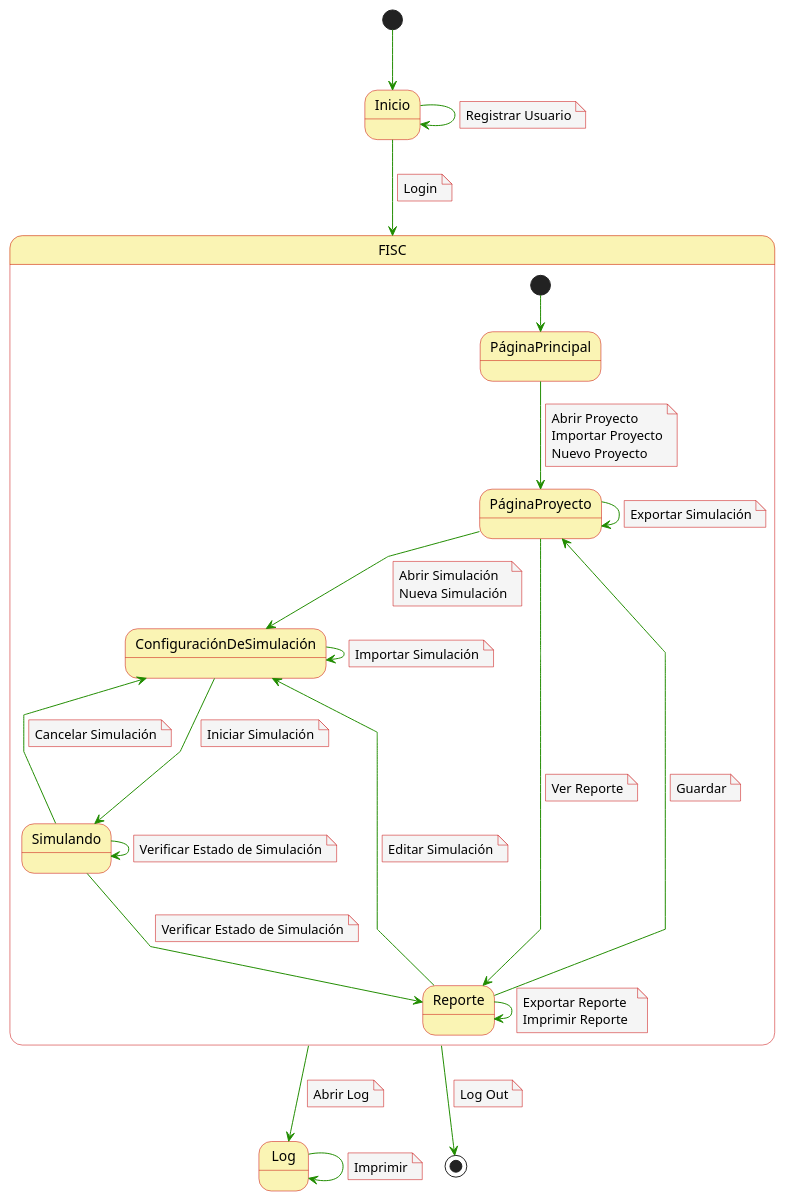
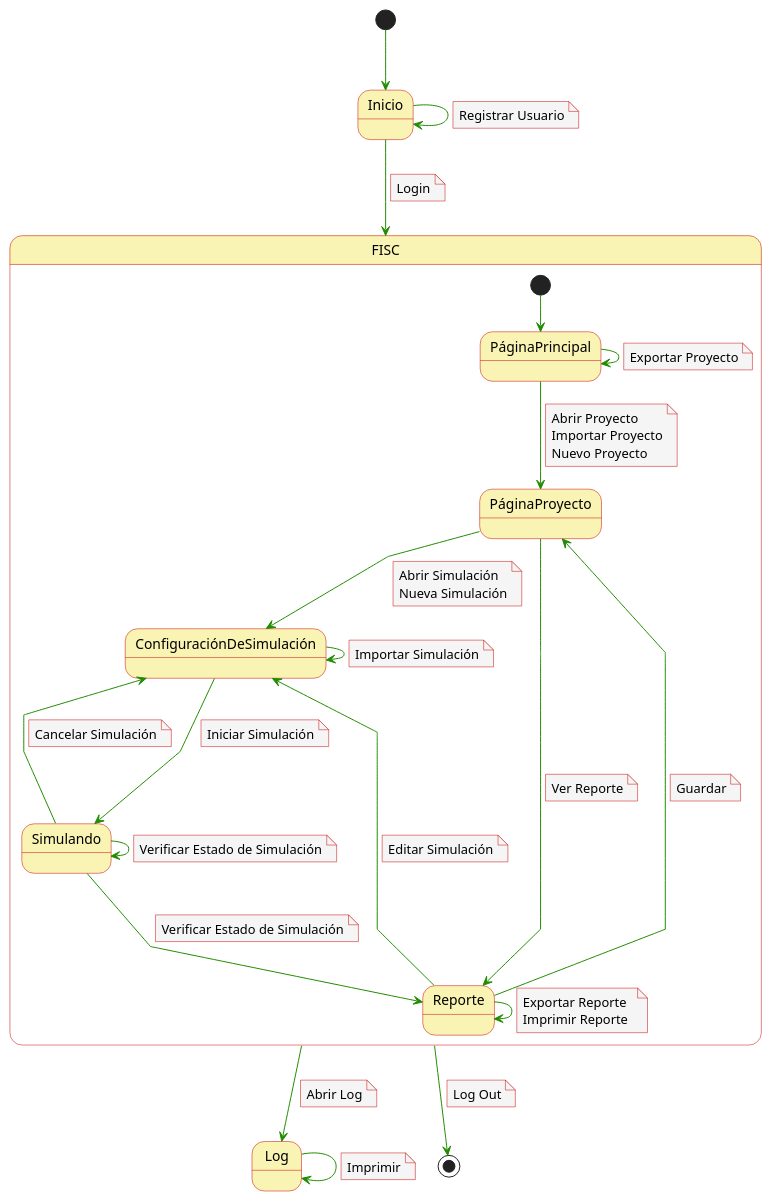
Before and after one commit to mmasias/23-24-IdSw1-SDR: the diagram in casosDeUso/diagramaContexto.puml, drawn with PlantUML. The commit also changed 11 other files, not shown here.

```diff
--- a/casosDeUso/diagramaContexto.puml
+++ b/casosDeUso/diagramaContexto.puml
@@ -1,95 +1,96 @@
 @startuml
 skinparam noteBackgroundColor #f5f5f5
 skinparam noteBorderColor #c90000
 skinparam arrowColor #218c00
 skinparam stateBackgroundColor #faf4b4
 skinparam stateBorderColor #c90000
 skinparam linetype polyline
 skinparam arrowThickness 1
 
 [*] --> Inicio
 
 Inicio -d-> FISC 
 note on link
   Login
 end note
 Inicio -d-> Inicio
 note on link
   Registrar Usuario
 end note
 
 State FISC {
 [*] --> PáginaPrincipal 
 
 PáginaPrincipal -d-> PáginaProyecto
 note on link
   Abrir Proyecto 
   Importar Proyecto
   Nuevo Proyecto 
 end note 
+
+PáginaPrincipal -d-> PáginaPrincipal
+note on link
+  Exportar Proyecto
+end note 
  
 PáginaProyecto -d-> ConfiguraciónDeSimulación
 note on link
   Abrir Simulación
   Nueva Simulación
 end note 
 PáginaProyecto ---> Reporte
 note on link
   Ver Reporte
 end note 
-PáginaProyecto ---> PáginaProyecto
-note on link
-  Exportar Simulación
-end note
 
 ConfiguraciónDeSimulación -d-> Simulando
 note on link
   Iniciar Simulación
 end note 
 ConfiguraciónDeSimulación -d-> ConfiguraciónDeSimulación
 note on link
   Importar Simulación
 end note  
 
 Simulando ---> ConfiguraciónDeSimulación
 note on link
   Cancelar Simulación
 end note 
 Simulando ---> Simulando
 note on link
   Verificar Estado de Simulación
 end note 
 Simulando ---> Reporte
 note on link
   Verificar Estado de Simulación
 end note 
 
 Reporte -d-> Reporte
 note on link
   Exportar Reporte  
   Imprimir Reporte
 end note 
 Reporte -d-> PáginaProyecto
 note on link
   Guardar
 end note 
 Reporte -d-> ConfiguraciónDeSimulación
 note on link
   Editar Simulación
 end note 
 }
 
 Log ---> Log
 note on link
   Imprimir
 end note 
 FISC -d-> Log
 note on link
   Abrir Log
 end note 
 FISC --> [*]
 note on link
   Log Out
 end note 
 
 @enduml
```
